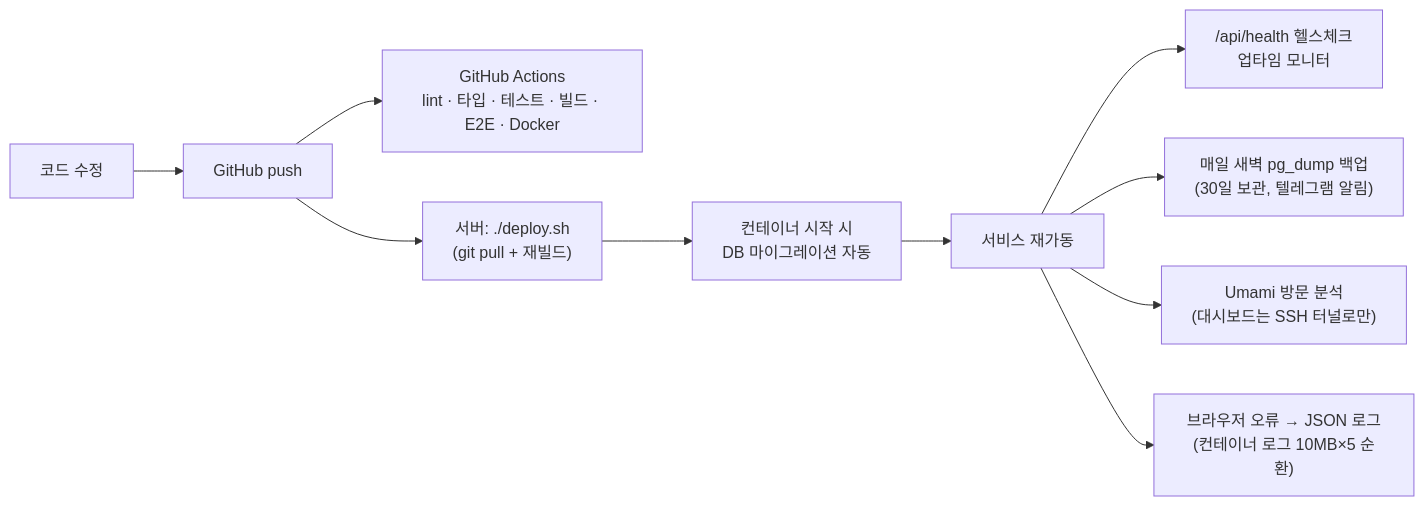
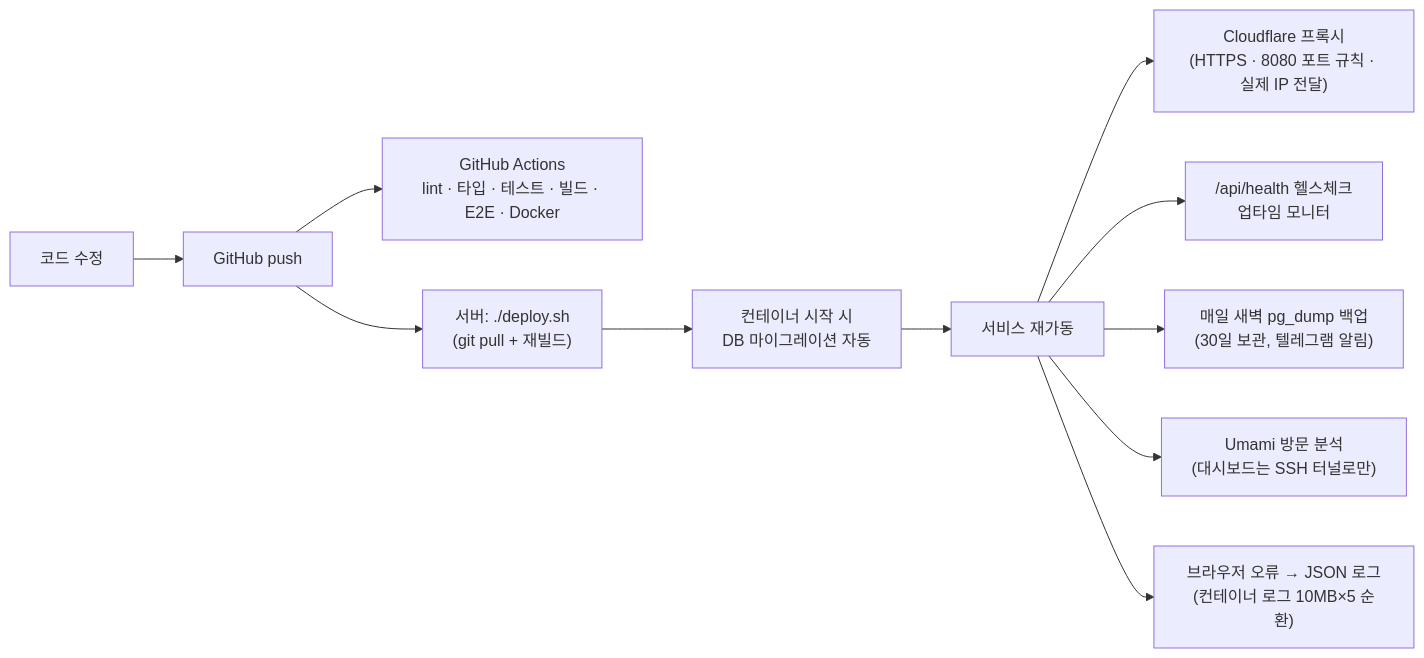
One commit to vittroi384/qr-web changed the fourth of 4 diagrams in docs/인수인계.md. Above: the diagram before and after it, drawn with Mermaid. The commit also changed other lines of this file and 6 other files, not shown here.

````diff
--- a/docs/인수인계.md
+++ b/docs/인수인계.md
@@ -112,12 +116,13 @@
 ```mermaid
 flowchart LR
   Dev[코드 수정] --> GH[GitHub push]
   GH --> CI["GitHub Actions<br/>lint · 타입 · 테스트 · 빌드 · E2E · Docker"]
   GH --> SV["서버: ./deploy.sh<br/>(git pull + 재빌드)"]
   SV --> MIG["컨테이너 시작 시<br/>DB 마이그레이션 자동"]
   MIG --> RUN[서비스 재가동]
+  RUN --> CF["Cloudflare 프록시<br/>(HTTPS · 8080 포트 규칙 · 실제 IP 전달)"]
   RUN --> HC["/api/health 헬스체크<br/>업타임 모니터"]
   RUN --> BK["매일 새벽 pg_dump 백업<br/>(30일 보관, 텔레그램 알림)"]
   RUN --> AN["Umami 방문 분석<br/>(대시보드는 SSH 터널로만)"]
   RUN --> ER["브라우저 오류 → JSON 로그<br/>(컨테이너 로그 10MB×5 순환)"]
 ```
````
